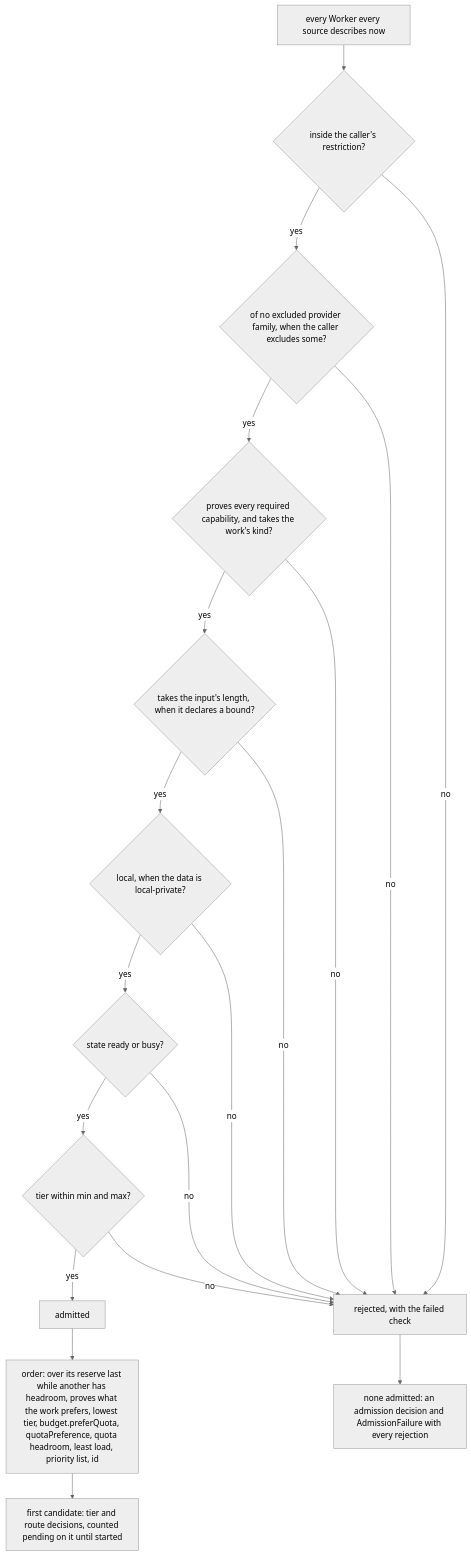
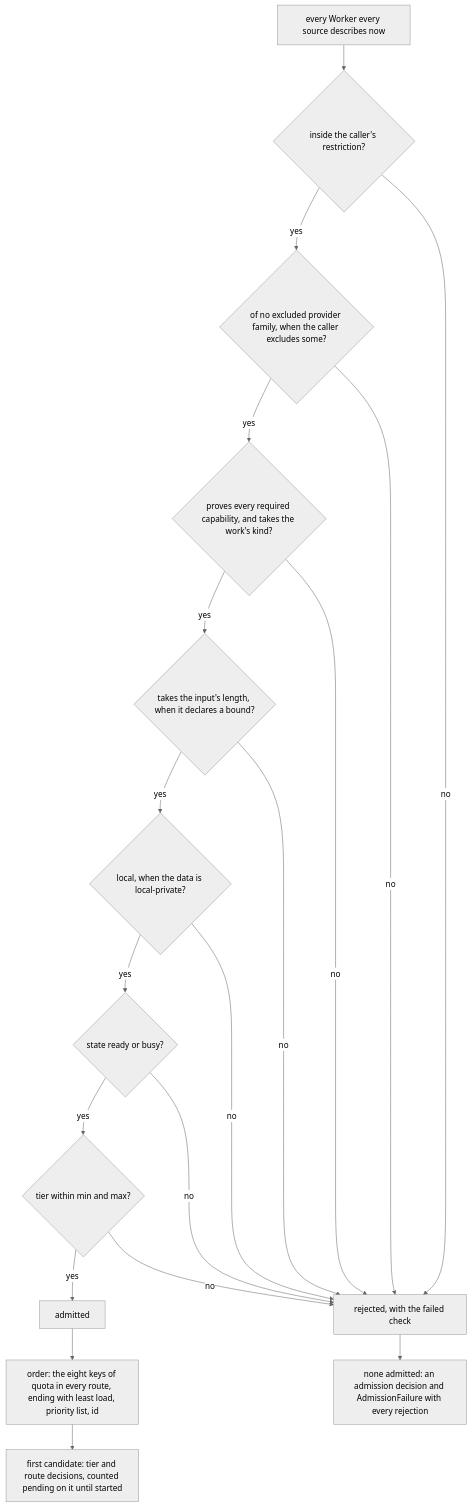
Before and after one commit to tsuuanmi/system_1: the diagram in docs/design/routing.md, drawn with Mermaid (neutral theme). The commit also changed other lines of this file and 67 other files, not shown here.

````diff
--- a/docs/design/routing.md
+++ b/docs/design/routing.md
@@ -129,21 +109,21 @@
 ```mermaid
 flowchart TD
   A[every Worker every source describes now] --> B{inside the caller's restriction?}
   B -->|yes| X{"of no excluded provider family, when the caller excludes some?"}
   X -->|yes| C{proves every required capability, and takes the work's kind?}
   C -->|yes| L{"takes the input's length, when it declares a bound?"}
   L -->|yes| D{local, when the data is local-private?}
   D -->|yes| E{state ready or busy?}
   E -->|yes| F{tier within min and max?}
   F -->|yes| G[admitted]
   B -->|no| R[rejected, with the failed check]
   X -->|no| R
   C -->|no| R
   L -->|no| R
   D -->|no| R
   E -->|no| R
   F -->|no| R
-  G --> H["order: over its reserve last while another has headroom, proves what the work prefers, lowest tier, budget.preferQuota, quotaPreference, quota headroom, least load, priority list, id"]
+  G --> H["order: the eight keys of quota in every route, ending with least load, priority list, id"]
   H --> I[first candidate: tier and route decisions, counted pending on it until started]
   R --> J[none admitted: an admission decision and AdmissionFailure with every rejection]
 ```
````
